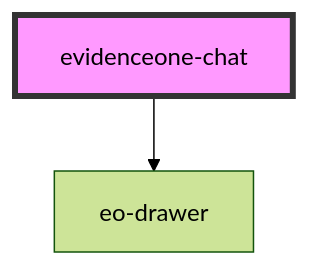
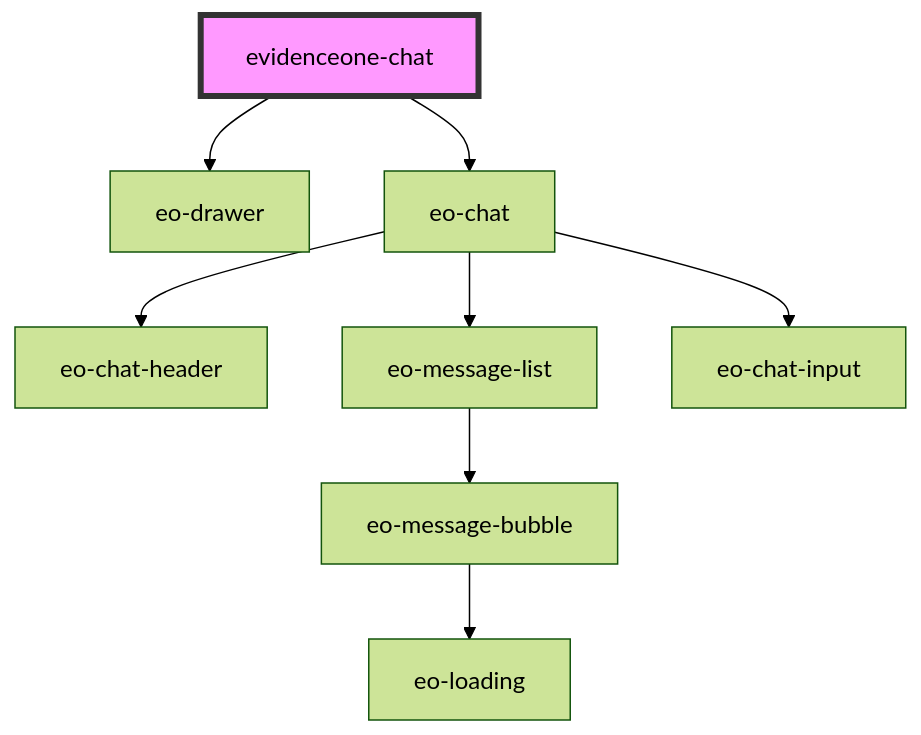
One commit to EvidenceOne/evidenceone-chat-widget changed the diagram in src/components/evidenceone-chat/readme.md. Above: the diagram before and after it, drawn with Mermaid (forest theme). The commit also changed other lines of this file and 24 other files, not shown here.

````diff
--- a/src/components/evidenceone-chat/readme.md
+++ b/src/components/evidenceone-chat/readme.md
@@ -62,5 +63,11 @@
 ```mermaid
 graph TD;
   evidenceone-chat --> eo-drawer
+  evidenceone-chat --> eo-chat
+  eo-chat --> eo-chat-header
+  eo-chat --> eo-message-list
+  eo-chat --> eo-chat-input
+  eo-message-list --> eo-message-bubble
+  eo-message-bubble --> eo-loading
   style evidenceone-chat fill:#f9f,stroke:#333,stroke-width:4px
 ```
````
